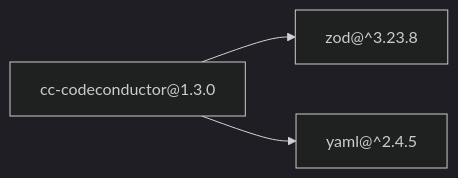
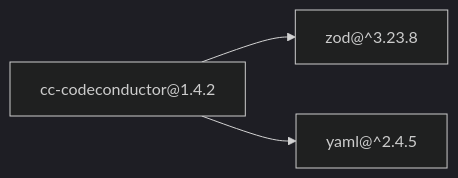
One commit to lgzarturo/codeconductor changed the diagram in README.md. Above: the diagram before and after it, drawn with Mermaid (dark theme). The commit also changed other lines of this file and 7 other files, not shown here.

````diff
--- a/README.md
+++ b/README.md
@@ -306,8 +332,8 @@
 ```mermaid
 graph LR
-  cc["cc-codeconductor@1.3.0"]
+  cc["cc-codeconductor@1.4.2"]
   zod["zod@^3.23.8"]
   yaml["yaml@^2.4.5"]
   cc --> zod
   cc --> yaml
 ```
````
